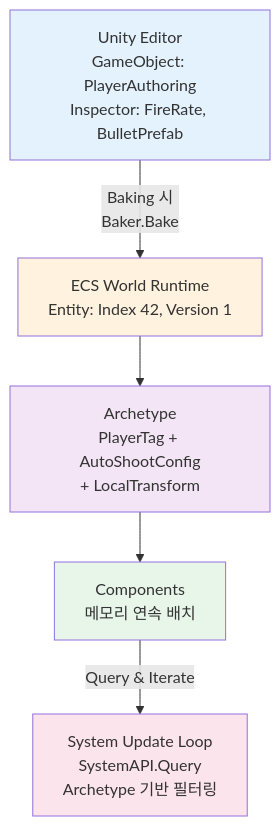
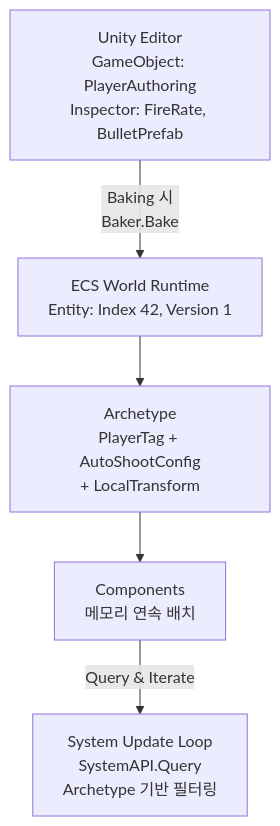
The second of 8 diagrams in README.md (lmo0317/projectc), drawn with Mermaid before and after one commit. The commit also changed other lines of this file, not shown here.

````diff
--- a/README.md
+++ b/README.md
@@ -115,19 +110,13 @@
 ```mermaid
 flowchart TB
     A["Unity Editor<br/>GameObject: PlayerAuthoring<br/>Inspector: FireRate, BulletPrefab"]
     B["ECS World Runtime<br/>Entity: Index 42, Version 1"]
     C["Archetype<br/>PlayerTag + AutoShootConfig<br/>+ LocalTransform"]
     D["Components<br/>메모리 연속 배치"]
     E["System Update Loop<br/>SystemAPI.Query<br/>Archetype 기반 필터링"]
 
     A -->|Baking 시<br/>Baker.Bake| B
     B --> C
     C --> D
     D -->|Query & Iterate| E
-
-    style A fill:#e3f2fd
-    style B fill:#fff3e0
-    style C fill:#f3e5f5
-    style D fill:#e8f5e9
-    style E fill:#fce4ec
 ```
````
